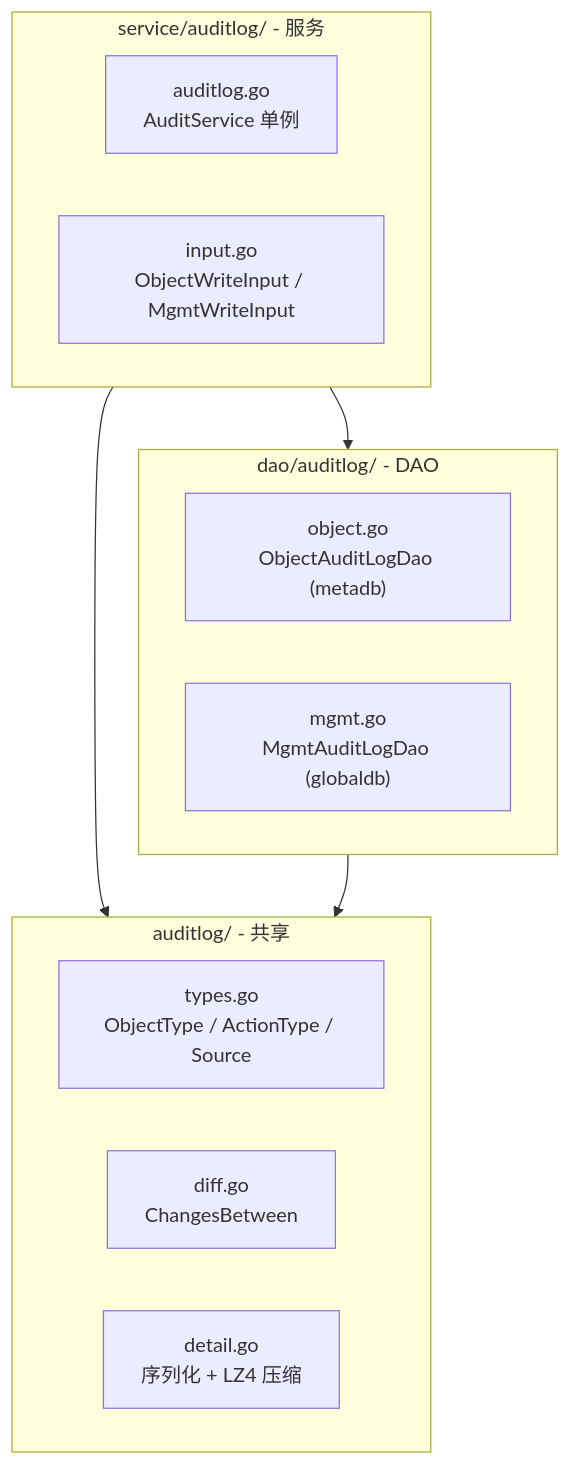
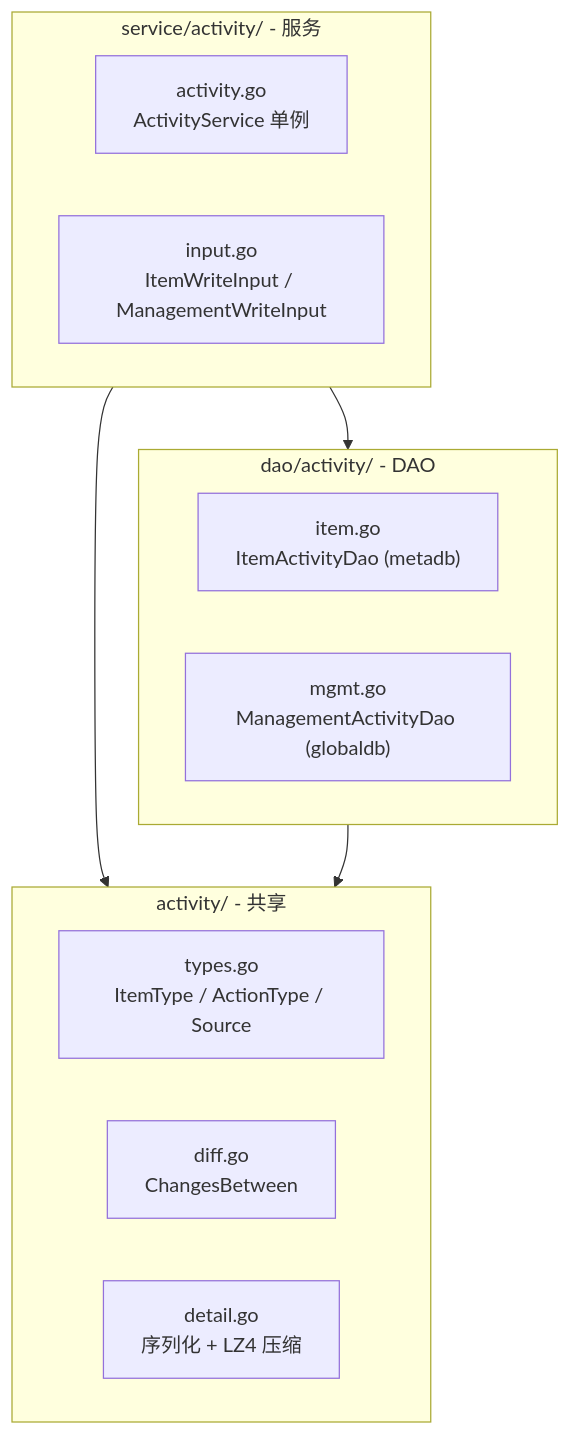
Before and after one commit to qinwenshiCH/workflow: the diagram in specs/20260626-Wave-Feat-AddAuditLog/architecture.md, drawn with Mermaid. The commit also changed other lines of this file and 4 other files, not shown here.

First line of the commit message:
refactor: 统一命名规范，object→item、审计→活动、auditlog→activity

````diff
--- a/specs/20260626-Wave-Feat-AddAuditLog/architecture.md
+++ b/specs/20260626-Wave-Feat-AddAuditLog/architecture.md
@@ -35,19 +35,19 @@
 ```mermaid
 flowchart TD
-    subgraph types["auditlog/ - 共享"]
-        types_go["types.go<br/>ObjectType / ActionType / Source"]
+    subgraph types["activity/ - 共享"]
+        types_go["types.go<br/>ItemType / ActionType / Source"]
         diff_go["diff.go<br/>ChangesBetween"]
         detail_go["detail.go<br/>序列化 + LZ4 压缩"]
     end
-    subgraph dao["dao/auditlog/ - DAO"]
-        object_dao["object.go<br/>ObjectAuditLogDao (metadb)"]
-        mgmt_dao["mgmt.go<br/>MgmtAuditLogDao (globaldb)"]
+    subgraph dao["dao/activity/ - DAO"]
+        item_dao["item.go<br/>ItemActivityDao (metadb)"]
+        mgmt_dao["mgmt.go<br/>ManagementActivityDao (globaldb)"]
     end
-    subgraph svc["service/auditlog/ - 服务"]
-        svc_go["auditlog.go<br/>AuditService 单例"]
-        input_go["input.go<br/>ObjectWriteInput / MgmtWriteInput"]
+    subgraph svc["service/activity/ - 服务"]
+        svc_go["activity.go<br/>ActivityService 单例"]
+        input_go["input.go<br/>ItemWriteInput / ManagementWriteInput"]
     end
     svc --> dao
     svc --> types
     dao --> types
 ```
````
